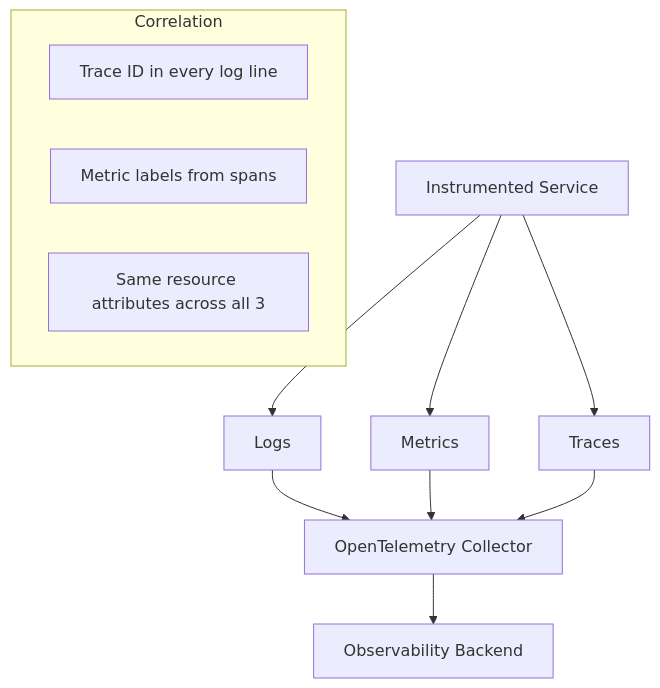
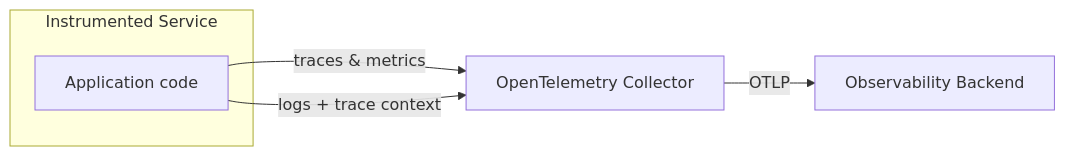
One commit to dagistankaradeniz/dagistankaradeniz.github.io changed the first of 3 diagrams in posts/three-pillars-observability.md. Above: the diagram before and after it, drawn with Mermaid.

Commit message:
Fix opening observability diagram: remove orphaned Correlation subgraph

````diff
--- a/posts/three-pillars-observability.md
+++ b/posts/three-pillars-observability.md
@@ -15,15 +15,9 @@
 ```mermaid
-graph TD
-    App[Instrumented Service] --> L[Logs]
-    App --> M[Metrics]
-    App --> T[Traces]
-    L --> OTLP[OpenTelemetry Collector]
-    M --> OTLP
-    T --> OTLP
-    OTLP --> B[Observability Backend]
-    subgraph Correlation
-        C1[Trace ID in every log line]
-        C2[Metric labels from spans]
-        C3[Same resource attributes across all 3]
+graph LR
+    subgraph Service["Instrumented Service"]
+        App[Application code]
     end
+    App -->|traces & metrics| C[OpenTelemetry Collector]
+    App -->|logs + trace context| C
+    C -->|OTLP| B[Observability Backend]
 ```
````
